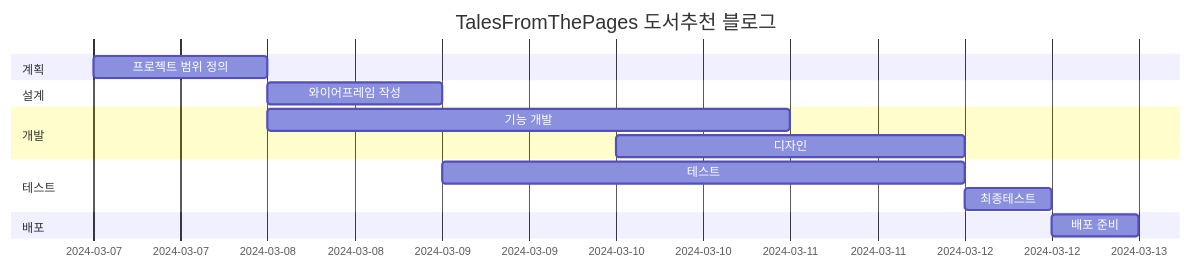
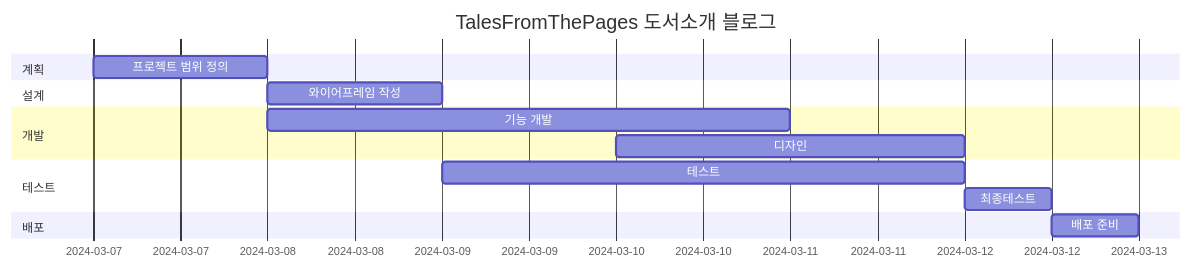
One commit to mkdirlife/TalesFromThePages changed the first of 2 diagrams in README.md. Above: the diagram before and after it, drawn with Mermaid.

````diff
--- a/README.md
+++ b/README.md
@@ -25,17 +25,17 @@
 ```mermaid
 gantt
-    title TalesFromThePages 도서추천 블로그
+    title TalesFromThePages 도서소개 블로그
     dateFormat  YYYY-MM-DD
     section 계획
     프로젝트 범위 정의        :    des1, 2024-03-07, 1d
     section 설계
     와이어프레임 작성         :    des2, 2024-03-08, 1d
     section 개발
     기능 개발                :     dev1, after des1, 3d
     디자인                :        dev2, 2024-03-10, 2d
     section 테스트
     테스트                  :     tes1, 2024-03-09, 3d
     최종테스트              :     tes2, 2024-03-12, 12h
     section 배포
     배포 준비               :     dep1, after tes2, 12h
 ```
````
